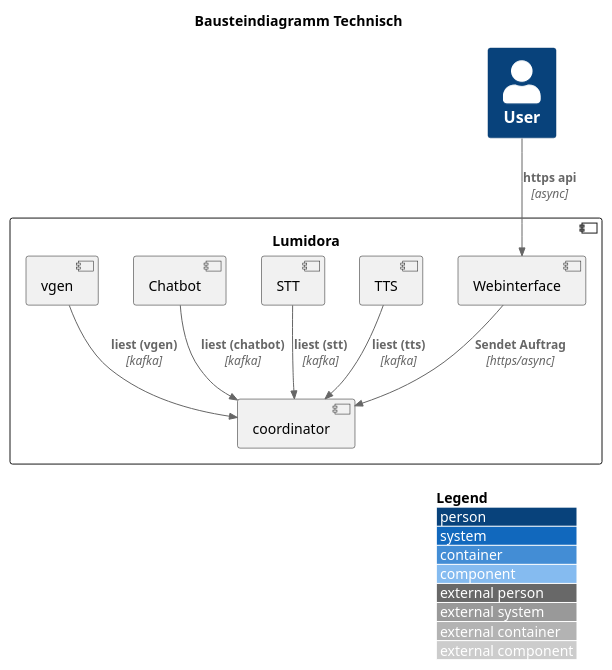
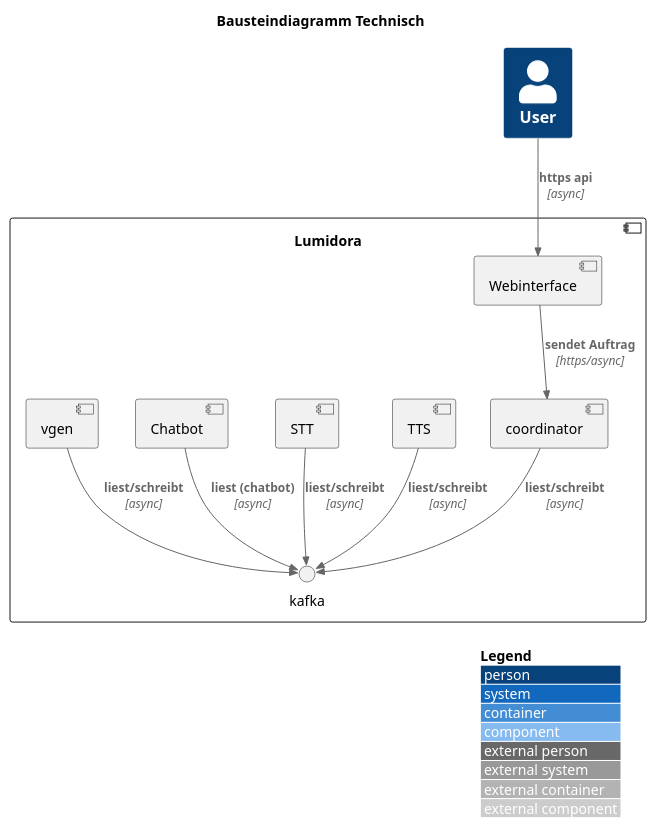
The diagram in docs/modules/ROOT/examples/bausteinansicht/bausteinansicht-technisch.plantuml (koshisinthehouse/lumidora-documentation), drawn with PlantUML before and after one commit. The commit also changed 1 other file, not shown here.

```diff
--- a/docs/modules/ROOT/examples/bausteinansicht/bausteinansicht-technisch.plantuml
+++ b/docs/modules/ROOT/examples/bausteinansicht/bausteinansicht-technisch.plantuml
@@ -1,28 +1,29 @@
 @startuml
 !include ../../partials/diagrams/plantuml-stdlib/C4-PlantUML/C4_Component.puml
 
 LAYOUT_WITH_LEGEND()
 
 title Bausteindiagramm Technisch
 
 Person(benutzer, "User", "")
 
 component "Lumidora" as lumidora {
     component "Webinterface" as webinterface
     component "coordinator" as coordinator
     component "TTS" as tts
     component "STT" as stt
     component "Chatbot" as chatbot
     component "vgen" as vgen
-
+    () kafka
 }
 
 Rel(benutzer, webinterface, "https api", "async")
-Rel(webinterface, coordinator, "Sendet Auftrag", "https/async")
+Rel(webinterface, coordinator, "sendet Auftrag", "https/async")
 
-Rel(chatbot, coordinator, "liest (chatbot)", "kafka")
-Rel(tts, coordinator, "liest (tts)", "kafka")
-Rel(stt, coordinator, "liest (stt)", "kafka")
-Rel(vgen, coordinator, "liest (vgen)", "kafka")
+Rel(chatbot, kafka, "liest (chatbot)", "async")
+Rel(tts, kafka, "liest/schreibt", "async")
+Rel(stt, kafka, "liest/schreibt", "async")
+Rel(vgen, kafka, "liest/schreibt", "async")
+Rel(coordinator, kafka, "liest/schreibt", "async")
 
 @enduml
```
